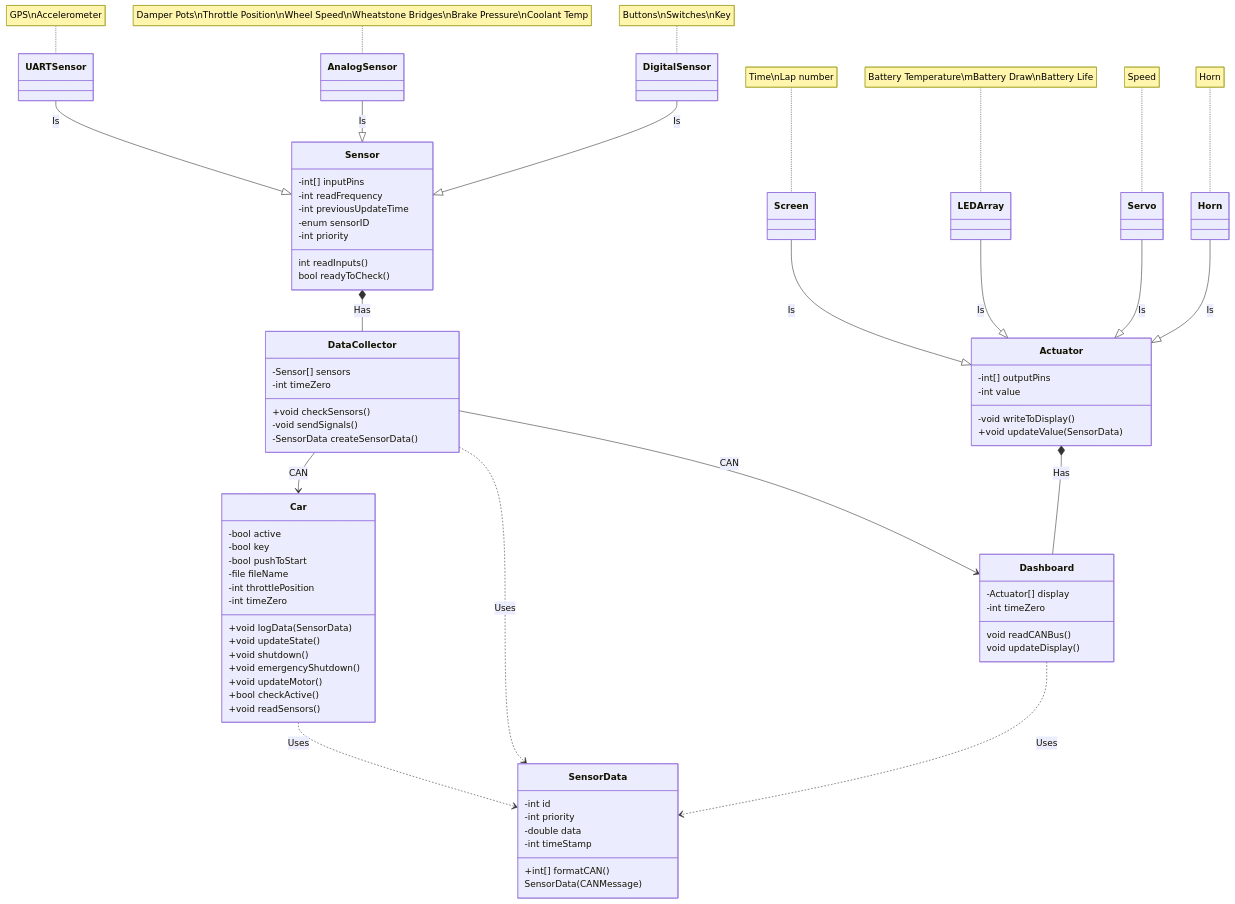
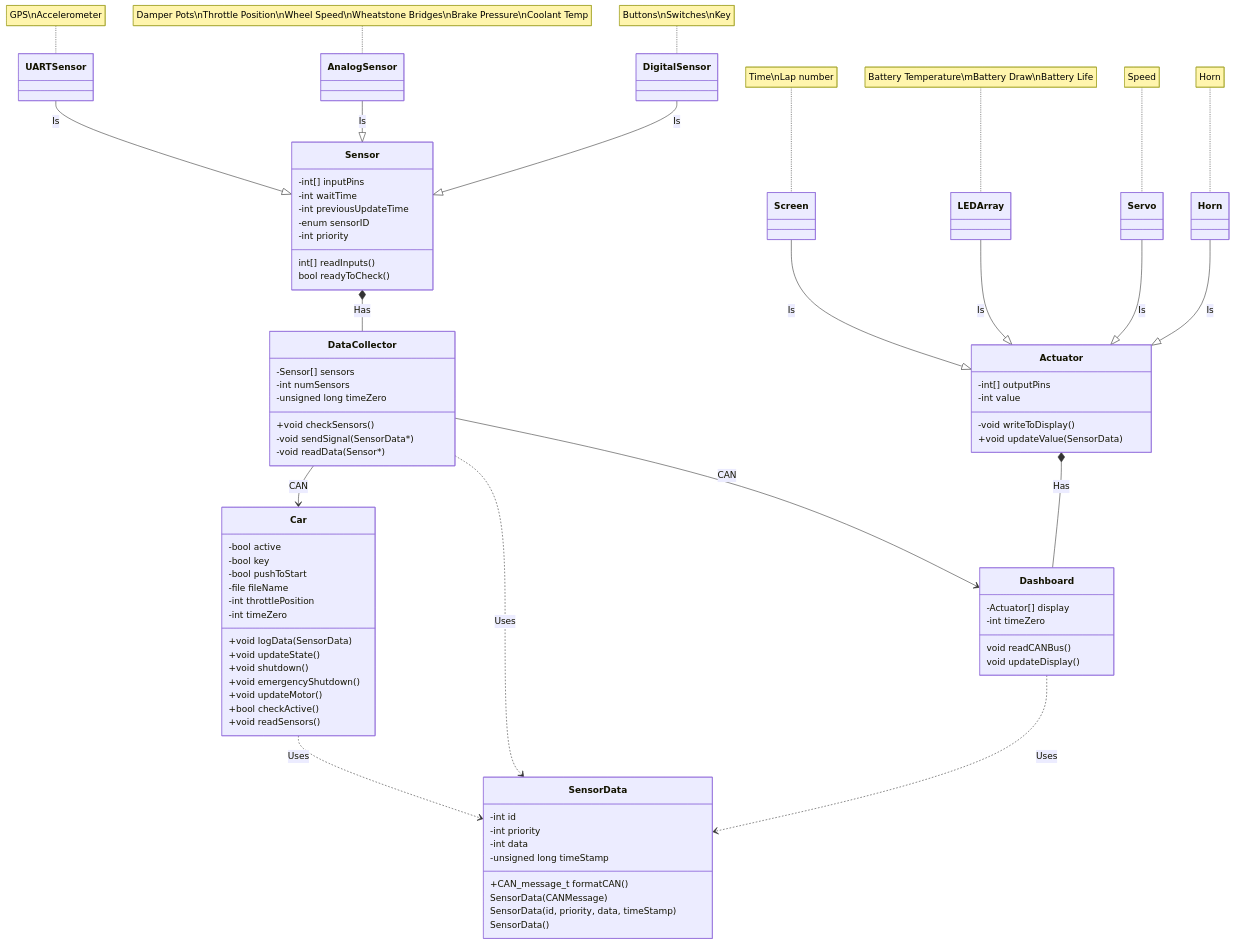
Before and after one commit to BYU-Racing/car_software: the diagram in VehicleCode/CarUML_v1.0.md, drawn with Mermaid. The commit also changed other lines of this file and 4 other files, not shown here.

Commit message:
add docstrings and update uml

````diff
--- a/VehicleCode/CarUML_v1.0.md
+++ b/VehicleCode/CarUML_v1.0.md
@@ -11,78 +12,81 @@
 ```mermaid
 classDiagram
 
     class Sensor
     Sensor : -int[] inputPins
-    Sensor : -int readFrequency
+    Sensor : -int waitTime
     Sensor : -int previousUpdateTime
     Sensor : -enum sensorID 
     Sensor : -int priority
-    Sensor : int readInputs()
+    Sensor : int[] readInputs()
     Sensor : bool readyToCheck()
     UARTSensor --|> Sensor : Is
     note for UARTSensor "GPS\nAccelerometer"
     AnalogSensor --|> Sensor : Is
     note for AnalogSensor "Damper Pots\nThrottle Position\nWheel Speed\nWheatstone Bridges\nBrake Pressure\nCoolant Temp"
     DigitalSensor --|> Sensor : Is
     note for DigitalSensor "Buttons\nSwitches\nKey"
 
     class Actuator
     Actuator : -int[] outputPins
     Actuator : -int value
     Actuator : -void writeToDisplay()
     Actuator : +void updateValue(SensorData)
     Screen --|> Actuator : Is
     note for Screen "Time\nLap number"
     LEDArray --|> Actuator : Is
     note for LEDArray "Battery Temperature\mBattery Draw\nBattery Life"
     Servo --|> Actuator : Is
     note for Servo "Speed"
     Horn --|> Actuator : Is
     note for Horn "Horn"
 
     class SensorData
     SensorData : -int id
     SensorData : -int priority
-    SensorData : -double data
-    SensorData : -int timeStamp
-    SensorData : +int[] formatCAN()
+    SensorData : -int data
+    SensorData : -unsigned long timeStamp
+    SensorData : +CAN_message_t formatCAN()
     SensorData : SensorData(CANMessage)
+    SensorData : SensorData(id, priority, data, timeStamp)
+    SensorData : SensorData()
 
     class Dashboard
     Dashboard : -Actuator[] display
     Dashboard : -int timeZero
     Dashboard : void readCANBus()
     Dashboard : void updateDisplay()
 
     class DataCollector
     DataCollector : -Sensor[] sensors
-    DataCollector : -int timeZero
+    DataCollector : -int numSensors
+    DataCollector : -unsigned long timeZero
     DataCollector : +void checkSensors()
-    DataCollector : -void sendSignals()
-    DataCollector : -SensorData createSensorData()
+    DataCollector : -void sendSignal(SensorData*)
+    DataCollector : -void readData(Sensor*)
 
     class Car
     Car : -bool active
     Car : -bool key
     Car : -bool pushToStart
     Car : -file fileName
     Car : -int throttlePosition
     Car : -int timeZero
     Car : +void logData(SensorData)
     Car : +void updateState()
     Car : +void shutdown()
     Car : +void emergencyShutdown()
     Car : +void updateMotor()
     Car : +bool checkActive()
     Car : +void readSensors()
 
     DataCollector --> Car : CAN
     DataCollector --> Dashboard : CAN
 
     Car ..> SensorData : Uses
     DataCollector ..> SensorData : Uses
     Dashboard ..> SensorData : Uses
 
     Sensor *-- DataCollector : Has
     Actuator *-- Dashboard : Has
 ```
````
